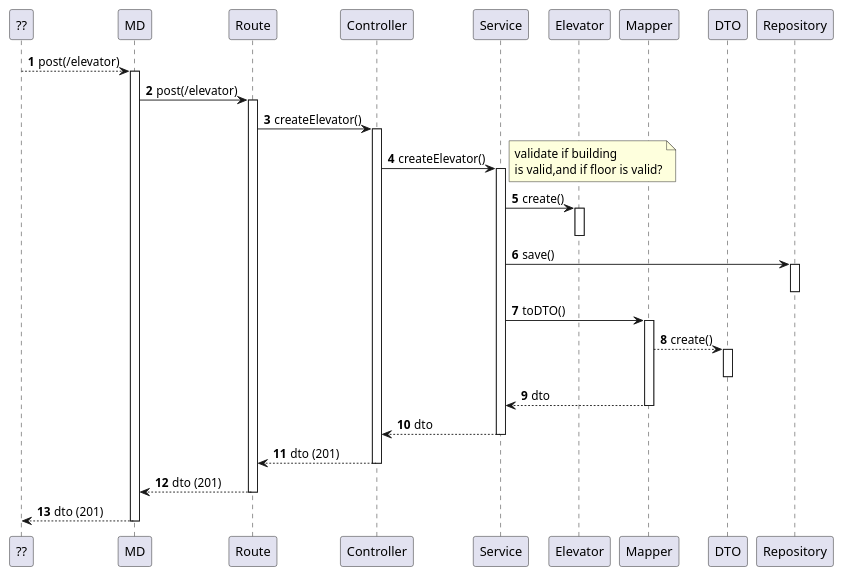
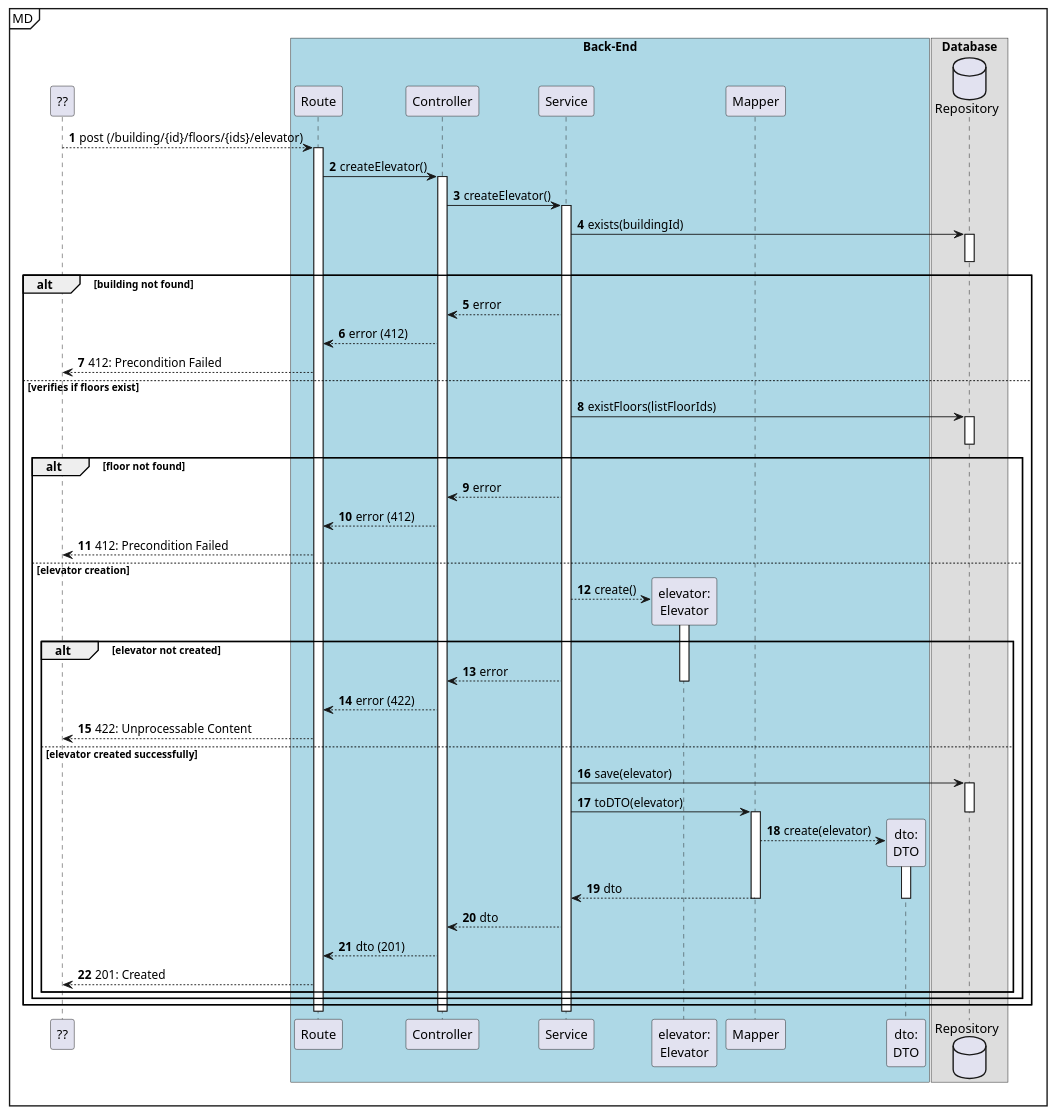
Before and after one commit to Departamento-de-Engenharia-Informatica/lapr5-23-24-g19: the diagram in docs/us270/level3/process-view.puml, drawn with PlantUML.

Commit message:
docs(us270): lvl3 process view

```diff
--- a/docs/us270/level3/process-view.puml
+++ b/docs/us270/level3/process-view.puml
@@ -1,58 +1,87 @@
 @startuml
 autonumber
 
 participant "??" as ui
 
-participant "MD" as mdr
+mainframe MD
+box "Back-End" #LightBlue
 participant "Route" as r
 participant "Controller" as ctrl
 participant "Service" as svc
 
-participant "Elevator" as e
+participant "elevator:\nElevator" as elevator
 participant "Mapper" as map
-participant "DTO" as dto
+participant "dto:\nDTO" as dto
+end box
 
-participant "Repository" as repo
+box "Database"
+database "Repository" as repo
+end box
+
+'activate ui
+ui --> r: post (/building/{id}/floors/{ids}/elevator)
+    activate r
+        r -> ctrl : createElevator()
+        activate ctrl
+            ctrl -> svc : createElevator()
+            activate svc
+                svc -> repo : exists(buildingId)
+                activate repo
+                deactivate repo
 
 
-'activate ui
-ui --> mdr: post(/elevator)
-    activate mdr
-    mdr -> r : post(/elevator)
+                alt building not found
 
-    activate r
-        r -> ctrl : createElevator()
-            activate ctrl
-                ctrl -> svc : createElevator()
-                activate svc
-                    note right: validate if building\nis valid,and if floor is valid?
-                    svc -> e : create()
-                    activate e
-                    deactivate e
+                    svc --> ctrl : error
+                    ctrl --> r : error (412)
+                    r --> ui : 412: Precondition Failed
 
-                    svc -> repo : save()
+                else verifies if floors exist
+
+                    svc -> repo: existFloors(listFloorIds)
                     activate repo
                     deactivate repo
 
-                    svc -> map : toDTO()
-                    activate map
-                        map --> dto : create()
-                        activate dto
-                        deactivate dto
-                        map --> svc : dto
-                    deactivate map
+                    alt floor not found
+                        svc --> ctrl : error
+                        ctrl --> r : error (412)
+                        r --> ui : 412: Precondition Failed
 
-                    svc --> ctrl : dto
-                deactivate svc
+                    else elevator creation
+                        svc --> elevator** : create()
+                        activate elevator
 
-                ctrl --> r : dto (201)
-            deactivate ctrl
 
-        r --> mdr : dto (201)
-        deactivate r
+                        alt elevator not created
+                            svc --> ctrl : error
+                            deactivate elevator
+                            ctrl --> r : error (422)
+                             r --> ui : 422: Unprocessable Content
 
-    mdr --> ui: dto (201)
-    deactivate mdr
+                        else elevator created successfully
+                            svc -> repo : save(elevator)
+                            activate repo
+                            svc -> map : toDTO(elevator)
+                            deactivate repo
+                            activate map
+                                map --> dto** : create(elevator)
+                                activate dto
+                                    map --> svc : dto
+                                deactivate dto
+                            deactivate map
+
+                            svc --> ctrl : dto
+                            ctrl --> r : dto (201)
+                            r --> ui : 201: Created
+
+                        end
+                    end
+                end
+
+            deactivate svc
+        deactivate ctrl
+    deactivate r
+
 'deactivate ui
 
 @enduml
```
